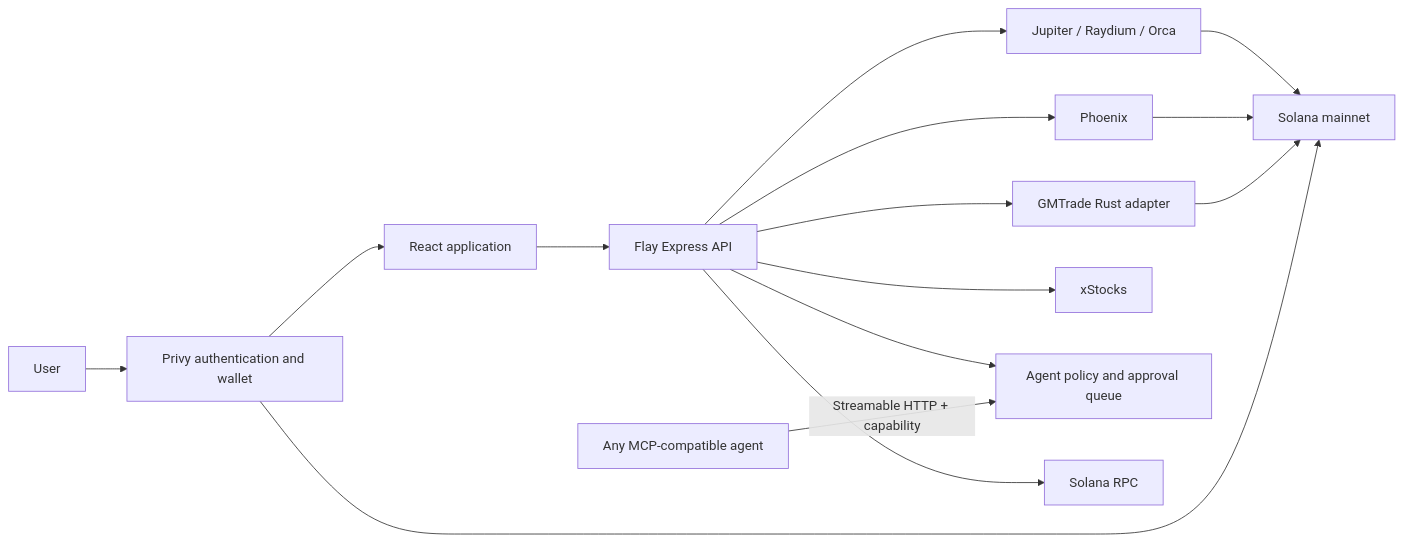
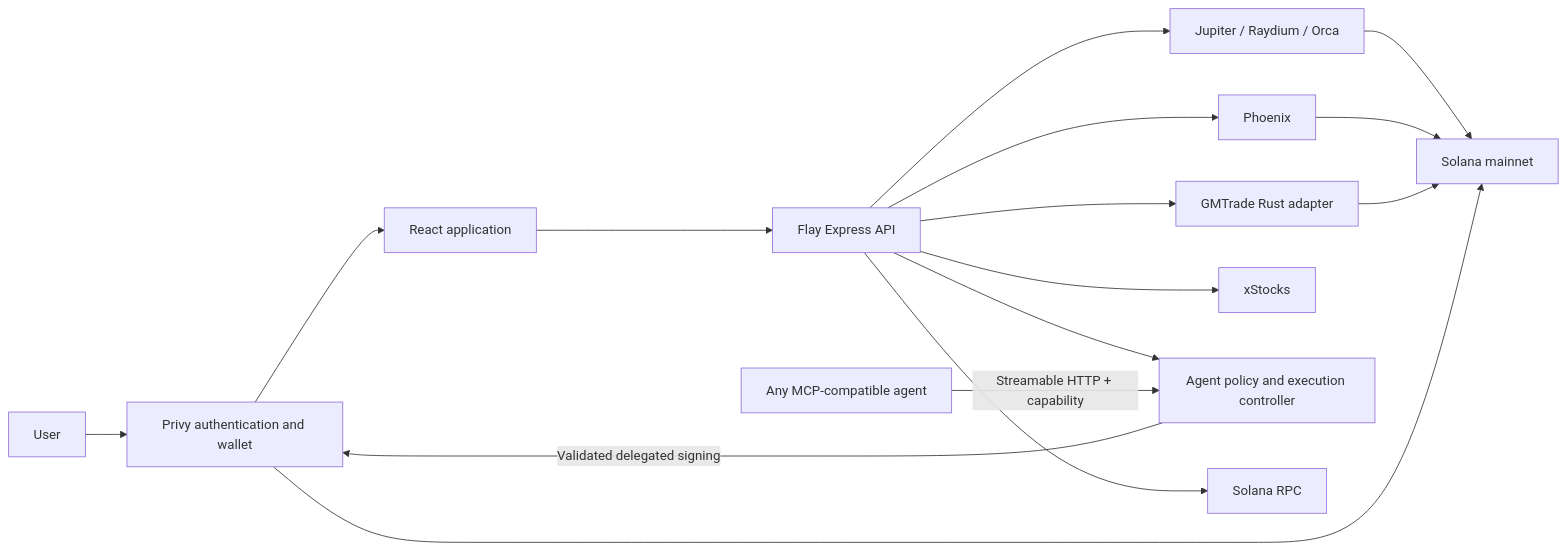
Before and after one commit to ahumdigar/flay: the diagram in README.md, drawn with Mermaid. The commit also changed other lines of this file and 28 other files, not shown here.

Commit message:
Add guarded automatic agent execution

````diff
--- a/README.md
+++ b/README.md
@@ -27,17 +27,18 @@
 ```mermaid
 flowchart LR
     U[User] --> P[Privy authentication and wallet]
     P --> W[React application]
     W --> A[Flay Express API]
     A --> C[Jupiter / Raydium / Orca]
     A --> F[Phoenix]
     A --> G[GMTrade Rust adapter]
     A --> X[xStocks]
-    A --> AI[Agent policy and approval queue]
+    A --> AI[Agent policy and execution controller]
     M[Any MCP-compatible agent] -->|Streamable HTTP + capability| AI
     A --> R[Solana RPC]
     C --> S[Solana mainnet]
     F --> S
     G --> S
     P --> S
+    AI -->|Validated delegated signing| P
 ```
````
